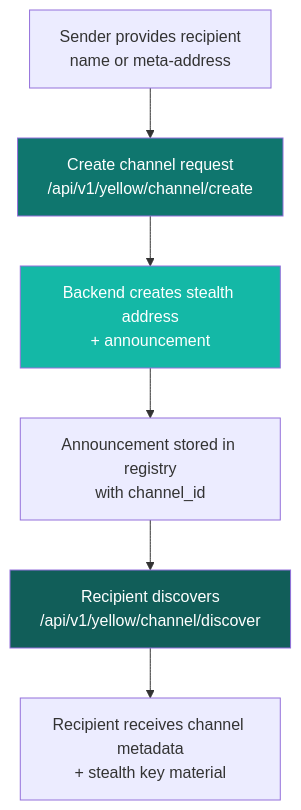
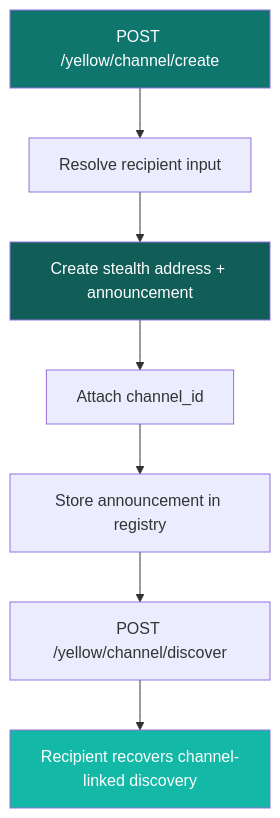
One commit to specter-privacy/docs changed the diagram in guides/yellow-private-channels.mdx. Above: the diagram before and after it, drawn with Mermaid. The commit also changed other lines of this file and 26 other files, not shown here.

````diff
--- a/guides/yellow-private-channels.mdx
+++ b/guides/yellow-private-channels.mdx
@@ -20,12 +14,13 @@
 ```mermaid
 flowchart TD
-    A["Sender provides recipient\nname or meta-address"] --> B["Create channel request\n/api/v1/yellow/channel/create"]
-    B --> C["Backend creates stealth address\n+ announcement"]
-    C --> D["Announcement stored in registry\nwith channel_id"]
-    D --> E["Recipient discovers\n/api/v1/yellow/channel/discover"]
-    E --> F["Recipient receives channel metadata\n+ stealth key material"]
+    A["POST /yellow/channel/create"] --> B["Resolve recipient input"]
+    B --> C["Create stealth address + announcement"]
+    C --> D["Attach channel_id"]
+    D --> E["Store announcement in registry"]
+    E --> F["POST /yellow/channel/discover"]
+    F --> G["Recipient recovers channel-linked discovery"]
 
-    style B fill:#0f766e,color:#fff
-    style C fill:#14b8a6,color:#fff
-    style E fill:#115e59,color:#fff
+    style A fill:#0f766e,color:#fff
+    style C fill:#115e59,color:#fff
+    style G fill:#14b8a6,color:#fff
 ```
````
